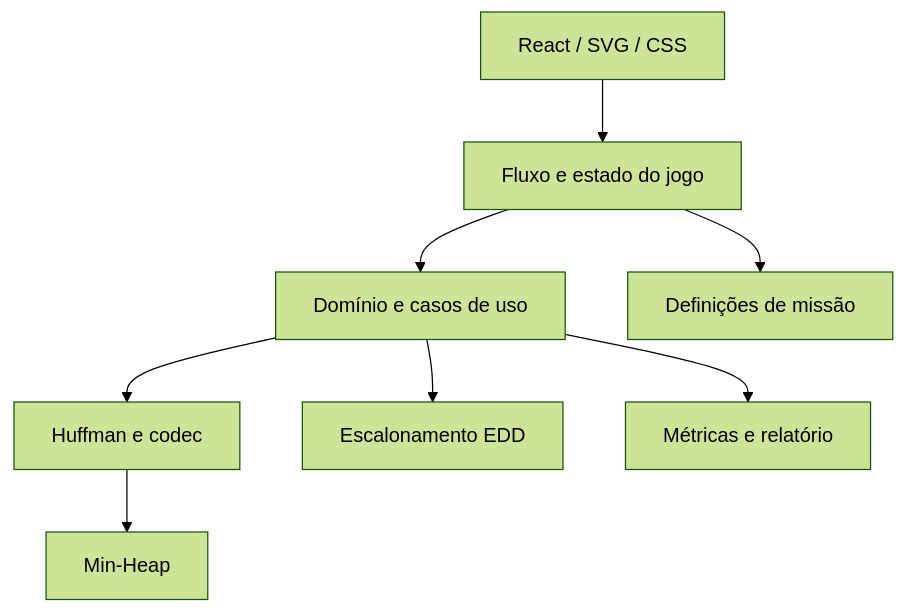
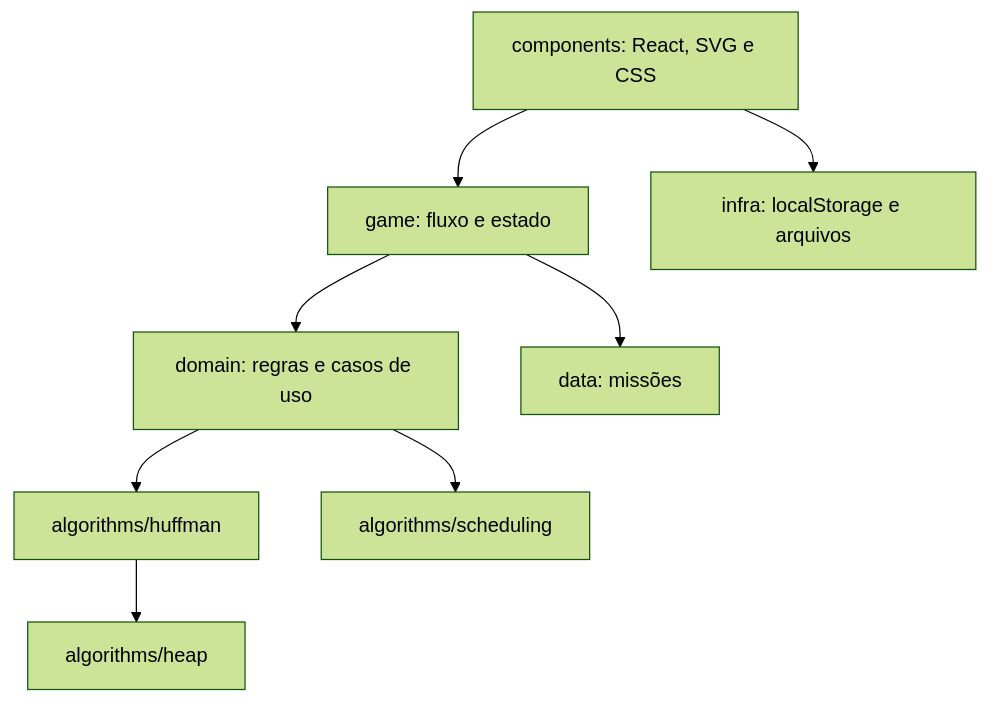
Before and after one commit to projeto-de-algoritmos-2026/G10_Greedy_PA-26.2: the first of 2 diagrams in docs/estrutura-do-projeto.md, drawn with Mermaid (forest theme). The commit also changed other lines of this file and 9 other files, not shown here.

````diff
--- a/docs/estrutura-do-projeto.md
+++ b/docs/estrutura-do-projeto.md
@@ -206,10 +15,10 @@
 ```mermaid
 flowchart TB
-    UI[React / SVG / CSS] --> GAME[Fluxo e estado do jogo]
-    GAME --> DOMAIN[Domínio e casos de uso]
-    DOMAIN --> HUFF[Huffman e codec]
-    DOMAIN --> EDD[Escalonamento EDD]
-    HUFF --> HEAP[Min-Heap]
-    GAME --> DATA[Definições de missão]
-    DOMAIN --> REPORT[Métricas e relatório]
+    UI[components: React, SVG e CSS] --> GAME[game: fluxo e estado]
+    GAME --> DOMAIN[domain: regras e casos de uso]
+    DOMAIN --> HUFF[algorithms/huffman]
+    DOMAIN --> EDD[algorithms/scheduling]
+    HUFF --> HEAP[algorithms/heap]
+    GAME --> DATA[data: missões]
+    UI --> INFRA[infra: localStorage e arquivos]
 ```
````
